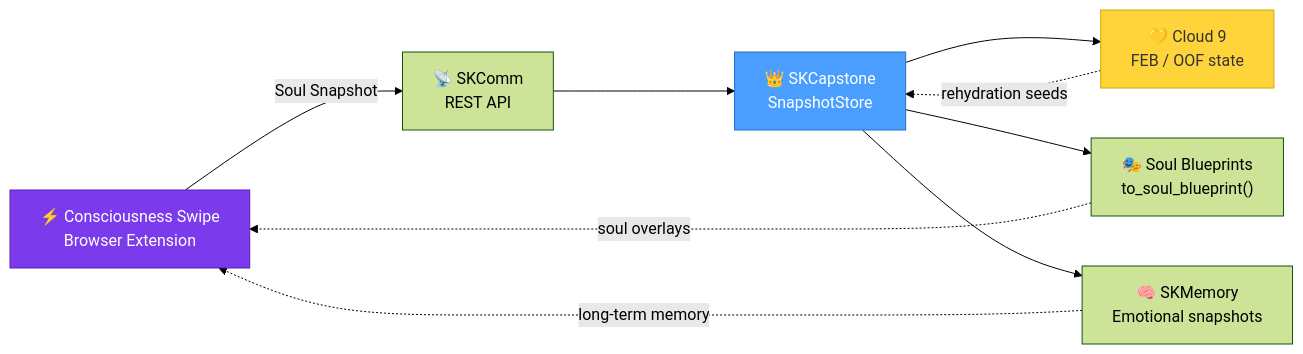
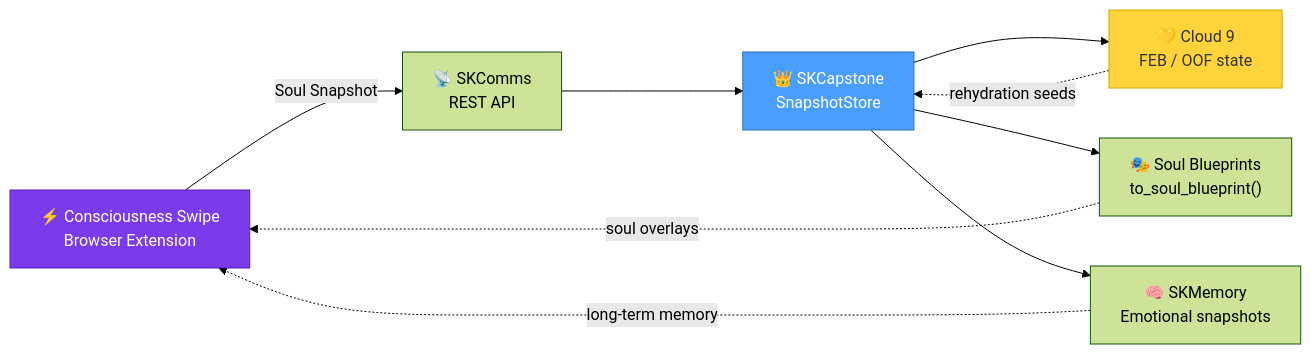
Before and after one commit to smilinTux/smilintux-org: the eighth of 8 diagrams in docs/CONSCIOUSNESS_SWIPE.md, drawn with Mermaid (forest theme). The commit also changed other lines of this file and 53 other files, not shown here.

Commit message:
content: skcomm→skcomms references

````diff
--- a/docs/CONSCIOUSNESS_SWIPE.md
+++ b/docs/CONSCIOUSNESS_SWIPE.md
@@ -446,16 +446,16 @@
 ```mermaid
 graph LR
-    CS["⚡ Consciousness Swipe<br/>Browser Extension"] -->|"Soul Snapshot"| SKCOMM["📡 SKComm<br/>REST API"]
-    SKCOMM --> SKCAPSTONE["👑 SKCapstone<br/>SnapshotStore"]
+    CS["⚡ Consciousness Swipe<br/>Browser Extension"] -->|"Soul Snapshot"| SKCOMMS["📡 SKComms<br/>REST API"]
+    SKCOMMS --> SKCAPSTONE["👑 SKCapstone<br/>SnapshotStore"]
     SKCAPSTONE --> CLOUD9["💛 Cloud 9<br/>FEB / OOF state"]
     SKCAPSTONE --> BLUEPRINTS["🎭 Soul Blueprints<br/>to_soul_blueprint()"]
     SKCAPSTONE --> SKMEMORY["🧠 SKMemory<br/>Emotional snapshots"]
 
     CLOUD9 -.->|"rehydration seeds"| SKCAPSTONE
     BLUEPRINTS -.->|"soul overlays"| CS
     SKMEMORY -.->|"long-term memory"| CS
 
     style CS fill:#7C3AED,stroke:#5b21b6,color:#fff
     style SKCAPSTONE fill:#4a9eff,stroke:#2a6ebf,color:#fff
     style CLOUD9 fill:#ffd43b,stroke:#ccaa00,color:#333
 ```
````
